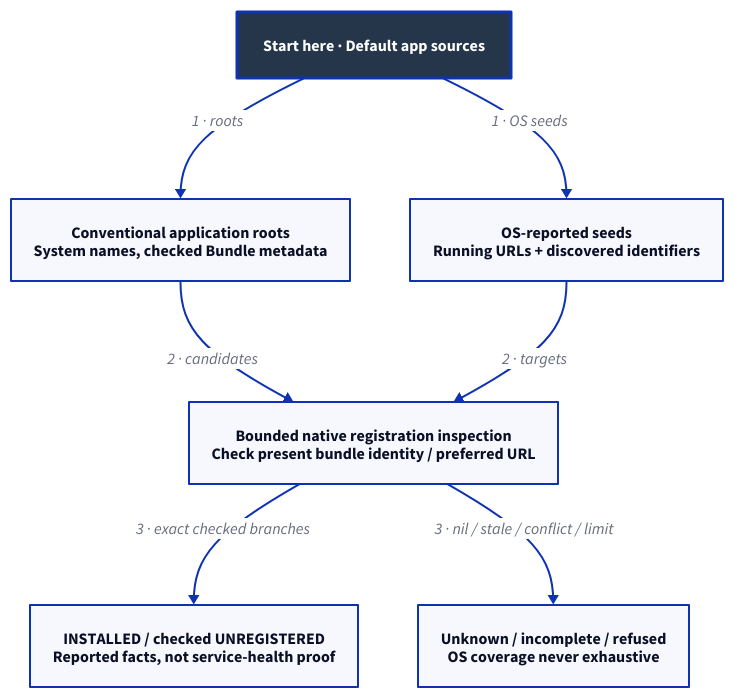
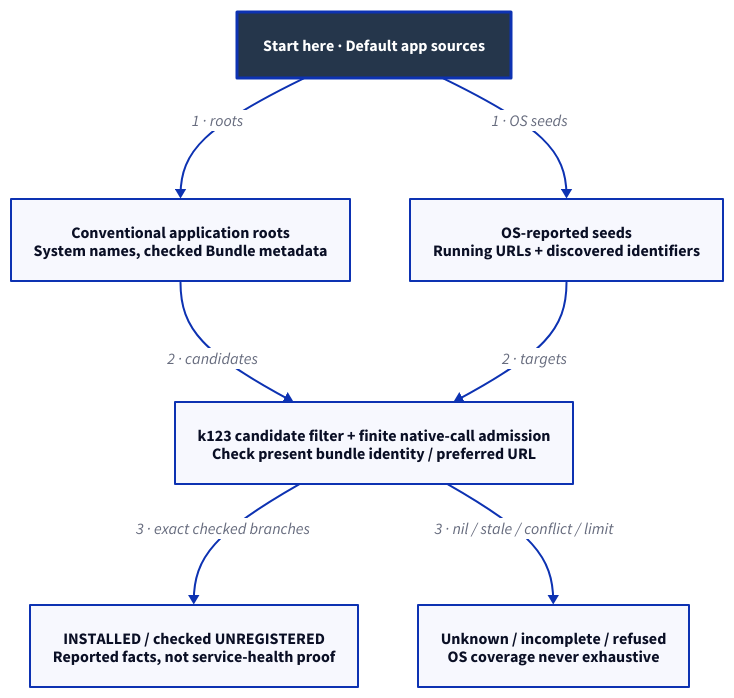
The diagram in docs/design/architecture/search-inspection.d2 (Linkuistics/Koine), drawn with D2 before and after one commit. The commit also changed 39 other files, not shown here.

```diff
--- a/docs/design/architecture/search-inspection.d2
+++ b/docs/design/architecture/search-inspection.d2
@@ -1,17 +1,17 @@
 # Selected mechanism, subject to human choices/review/native acceptance.
 direction: down
 classes: {
   start: {style: {fill: "#25364B"; font-color: "#FFFFFF"; bold: true; stroke-width: 3}}
 }
 Start: "Start here · Default app sources" {class: start}
 Roots: "Conventional application roots\nSystem names, checked Bundle metadata"
 Seeds: "OS-reported seeds\nRunning URLs + discovered identifiers"
-Inspect: "Bounded native registration inspection\nCheck present bundle identity / preferred URL"
+Inspect: "k123 candidate filter + finite native-call admission\nCheck present bundle identity / preferred URL"
 Positive: "INSTALLED / checked UNREGISTERED\nReported facts, not service-health proof"
 Unknown: "Unknown / incomplete / refused\nOS coverage never exhaustive"
 Start -> Roots: "1 · roots"
 Start -> Seeds: "1 · OS seeds"
 Roots -> Inspect: "2 · candidates"
 Seeds -> Inspect: "2 · targets"
 Inspect -> Positive: "3 · exact checked branches"
 Inspect -> Unknown: "3 · nil / stale / conflict / limit"
```
